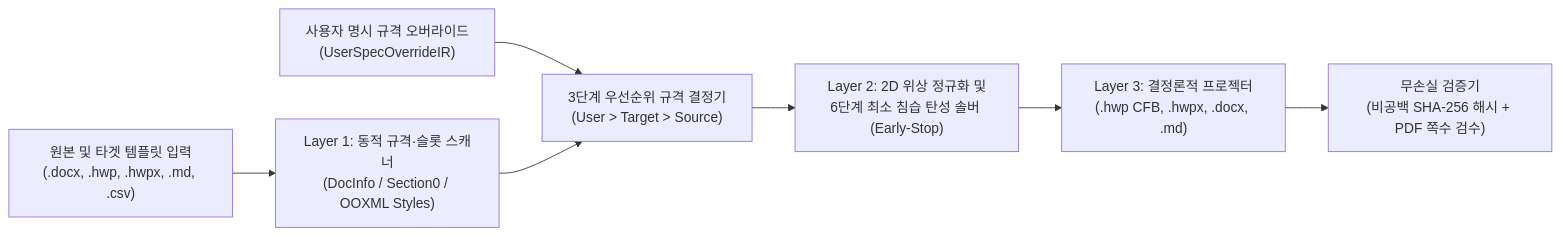
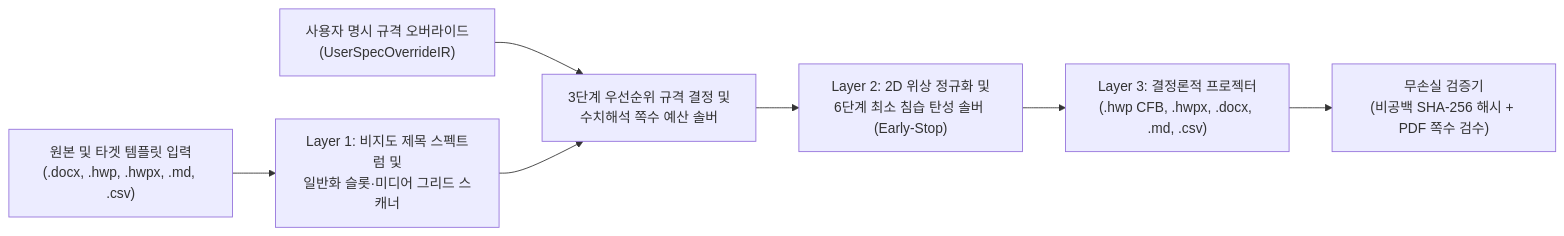
The diagram in README_KO.md (Team-Sequence-Thaumaturge/-document-IR), drawn with Mermaid before and after one commit. The commit also changed other lines of this file and 9 other files, not shown here.

````diff
--- a/README_KO.md
+++ b/README_KO.md
@@ -31,9 +31,9 @@
 ```mermaid
 flowchart LR
-    A["원본 및 타겟 템플릿 입력<br/>(.docx, .hwp, .hwpx, .md, .csv)"] --> B["Layer 1: 동적 규격·슬롯 스캐너<br/>(DocInfo / Section0 / OOXML Styles)"]
-    U["사용자 명시 규격 오버라이드<br/>(UserSpecOverrideIR)"] --> C["3단계 우선순위 규격 결정기<br/>(User > Target > Source)"]
+    A["원본 및 타겟 템플릿 입력<br/>(.docx, .hwp, .hwpx, .md, .csv)"] --> B["Layer 1: 비지도 제목 스펙트럼 및<br/>일반화 슬롯·미디어 그리드 스캐너"]
+    U["사용자 명시 규격 오버라이드<br/>(UserSpecOverrideIR)"] --> C["3단계 우선순위 규격 결정 및<br/>수치해석 쪽수 예산 솔버"]
     B --> C
     C --> D["Layer 2: 2D 위상 정규화 및<br/>6단계 최소 침습 탄성 솔버 (Early-Stop)"]
-    D --> E["Layer 3: 결정론적 프로젝터<br/>(.hwp CFB, .hwpx, .docx, .md)"]
+    D --> E["Layer 3: 결정론적 프로젝터<br/>(.hwp CFB, .hwpx, .docx, .md, .csv)"]
     E --> F["무손실 검증기<br/>(비공백 SHA-256 해시 + PDF 쪽수 검수)"]
 ```
````
